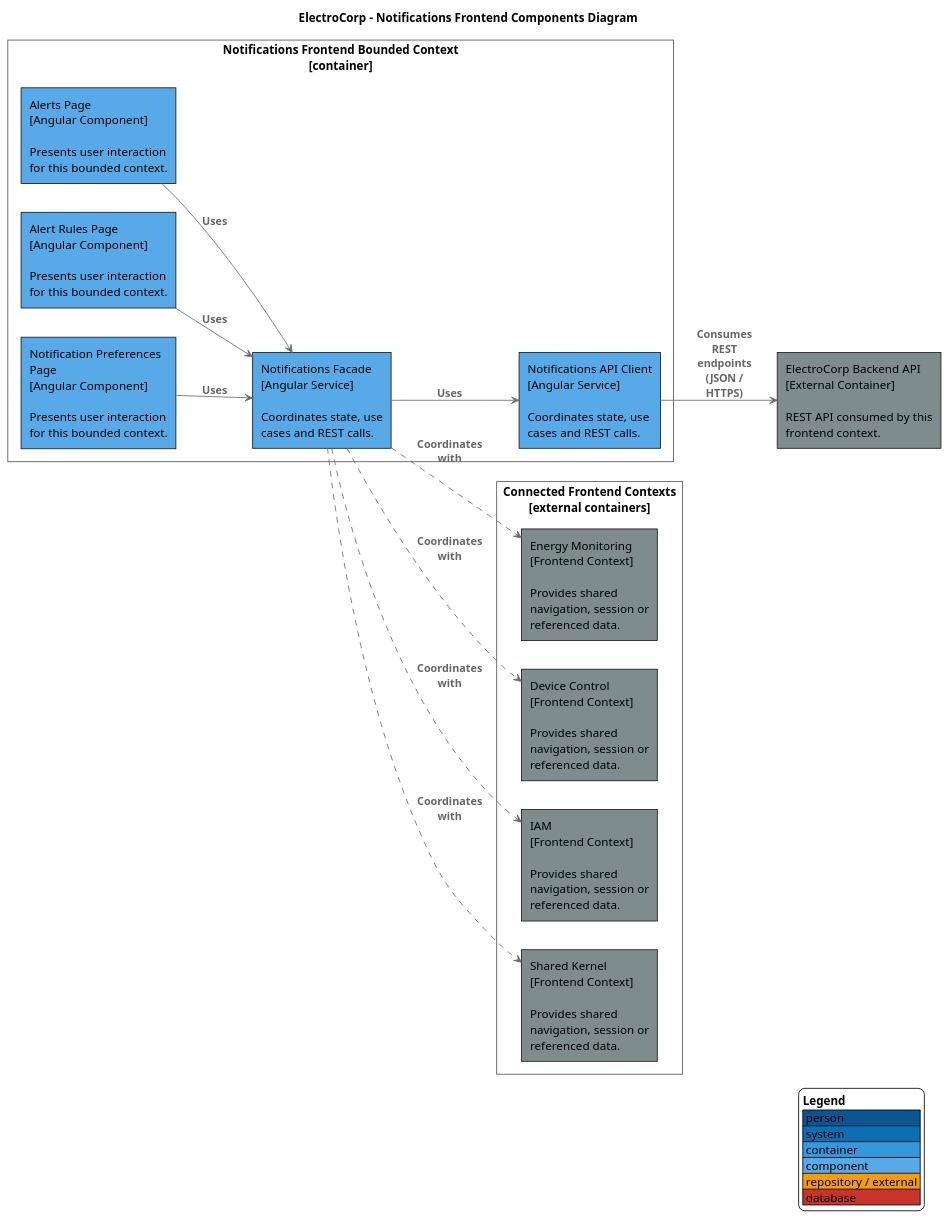
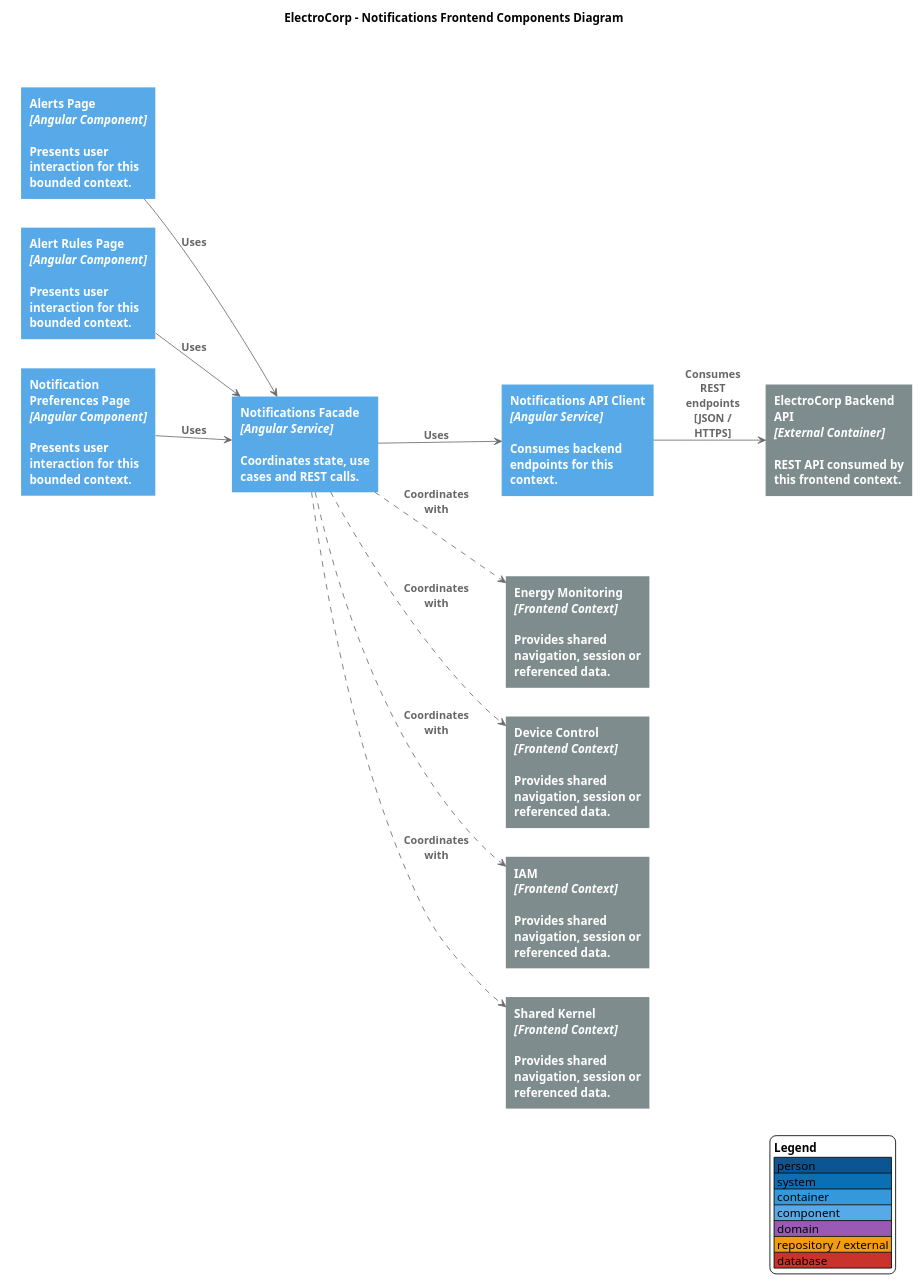
The diagram in docs/diagrams/components/frontend/bounded-contexts/notifications-frontend-components.puml (upc-pre-202610-1asi0729-11896-ecorp/electrocorp-report), drawn with PlantUML before and after one commit. The commit also changed 22 other files, not shown here.

Commit message:
style(docs): redesign c4 diagrams with visual ui layout

```diff
--- a/docs/diagrams/components/frontend/bounded-contexts/notifications-frontend-components.puml
+++ b/docs/diagrams/components/frontend/bounded-contexts/notifications-frontend-components.puml
@@ -1,57 +1,59 @@
 @startuml
 skinparam backgroundColor #FFFFFF
 skinparam shadowing false
 skinparam defaultFontName Arial
-skinparam wrapWidth 180
+skinparam wrapWidth 170
 skinparam maxMessageSize 90
 skinparam ArrowColor #6B6B6B
 skinparam ArrowFontColor #666666
 skinparam ArrowFontStyle bold
 skinparam rectangleRoundCorner 0
-skinparam rectangleBorderThickness 1
+skinparam rectangleBorderThickness 0
+skinparam rectangleFontColor #FFFFFF
+skinparam rectangleFontStyle bold
 skinparam packageStyle rectangle
 skinparam packageBorderColor #555555
 skinparam packageBackgroundColor transparent
 skinparam packageFontColor #444444
 skinparam packageFontStyle bold
 skinparam databaseBackgroundColor #C9332B
 skinparam databaseBorderColor #C9332B
 skinparam databaseFontColor #FFFFFF
 hide stereotype
 title ElectroCorp - Notifications Frontend Components Diagram
 left to right direction
 
-
 package "Notifications Frontend Bounded Context\n[container]" {
-  rectangle "Alerts Page\n[Angular Component]\n\nPresents user interaction for this bounded context." as F0 #58A9E8
-  rectangle "Alert Rules Page\n[Angular Component]\n\nPresents user interaction for this bounded context." as F1 #58A9E8
-  rectangle "Notification Preferences Page\n[Angular Component]\n\nPresents user interaction for this bounded context." as F2 #58A9E8
-  rectangle "Notifications Facade\n[Angular Service]\n\nCoordinates state, use cases and REST calls." as F3 #58A9E8
-  rectangle "Notifications API Client\n[Angular Service]\n\nCoordinates state, use cases and REST calls." as F4 #58A9E8
+  rectangle "<b>Alerts Page</b>\n<i>[Angular Component]</i>\n\nPresents user interaction for this bounded context." as P0 #58A9E8
+  rectangle "<b>Alert Rules Page</b>\n<i>[Angular Component]</i>\n\nPresents user interaction for this bounded context." as P1 #58A9E8
+  rectangle "<b>Notification Preferences Page</b>\n<i>[Angular Component]</i>\n\nPresents user interaction for this bounded context." as P2 #58A9E8
+  rectangle "<b>Notifications Facade</b>\n<i>[Angular Service]</i>\n\nCoordinates state, use cases and REST calls." as Facade #58A9E8
+  rectangle "<b>Notifications API Client</b>\n<i>[Angular Service]</i>\n\nConsumes backend endpoints for this context." as Client #58A9E8
 }
-rectangle "ElectroCorp Backend API\n[External Container]\n\nREST API consumed by this frontend context." as Backend #7F8C8D
+rectangle "<b>ElectroCorp Backend API</b>\n<i>[External Container]</i>\n\nREST API consumed by this frontend context." as Backend #7F8C8D
 package "Connected Frontend Contexts\n[external containers]" {
-  rectangle "Energy Monitoring\n[Frontend Context]\n\nProvides shared navigation, session or referenced data." as Dep0 #7F8C8D
-  rectangle "Device Control\n[Frontend Context]\n\nProvides shared navigation, session or referenced data." as Dep1 #7F8C8D
-  rectangle "IAM\n[Frontend Context]\n\nProvides shared navigation, session or referenced data." as Dep2 #7F8C8D
-  rectangle "Shared Kernel\n[Frontend Context]\n\nProvides shared navigation, session or referenced data." as Dep3 #7F8C8D
+  rectangle "<b>Energy Monitoring</b>\n<i>[Frontend Context]</i>\n\nProvides shared navigation, session or referenced data." as Dep0 #7F8C8D
+  rectangle "<b>Device Control</b>\n<i>[Frontend Context]</i>\n\nProvides shared navigation, session or referenced data." as Dep1 #7F8C8D
+  rectangle "<b>IAM</b>\n<i>[Frontend Context]</i>\n\nProvides shared navigation, session or referenced data." as Dep2 #7F8C8D
+  rectangle "<b>Shared Kernel</b>\n<i>[Frontend Context]</i>\n\nProvides shared navigation, session or referenced data." as Dep3 #7F8C8D
 }
-F0 --> F3 : Uses
-F1 --> F3 : Uses
-F2 --> F3 : Uses
-F3 --> F4 : Uses
-F4 --> Backend : Consumes REST endpoints (JSON / HTTPS)
-F3 ..> Dep0 : Coordinates with
-F3 ..> Dep1 : Coordinates with
-F3 ..> Dep2 : Coordinates with
-F3 ..> Dep3 : Coordinates with
+P0 --> Facade : Uses
+P1 --> Facade : Uses
+P2 --> Facade : Uses
+Facade --> Client : Uses
+Client --> Backend : Consumes REST endpoints\n[JSON / HTTPS]
+Facade ..> Dep0 : Coordinates with
+Facade ..> Dep1 : Coordinates with
+Facade ..> Dep2 : Coordinates with
+Facade ..> Dep3 : Coordinates with
 legend right
   <b>Legend</b>
   |<#0B5593> person |
   |<#0B6FB3> system |
   |<#3498DB> container |
   |<#58A9E8> component |
+  |<#9B59B6> domain |
   |<#F39C12> repository / external |
   |<#C9332B> database |
 endlegend
 @enduml
```
